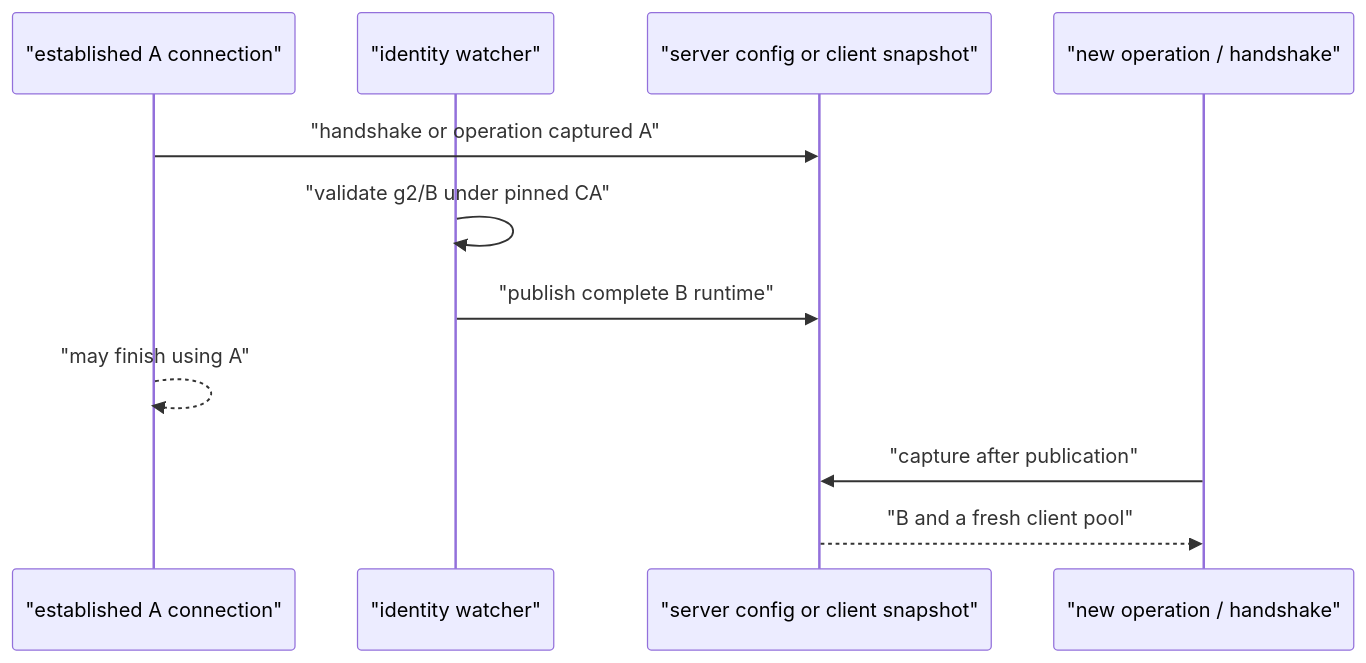
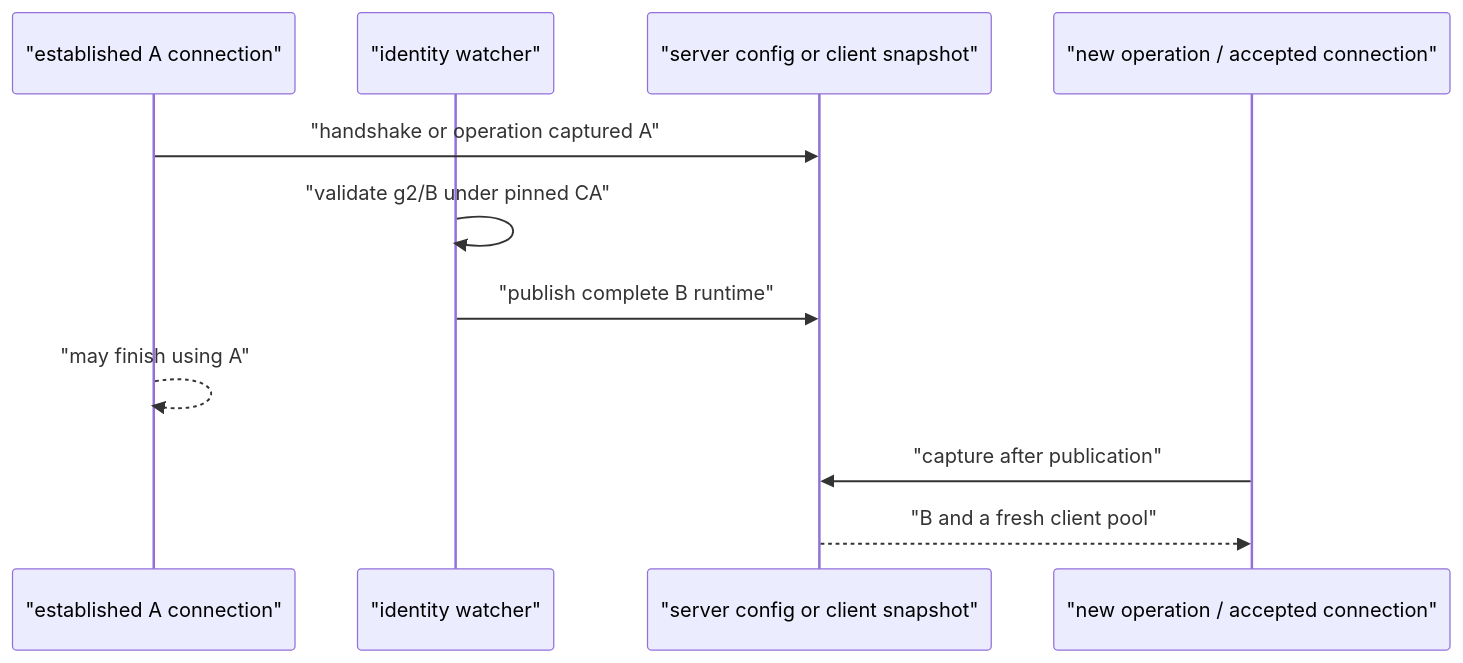
The second of 2 diagrams in docs/rfcs/0035-restart-free-same-ca-mtls-leaf-renewal.md (conan505/inferLab), drawn with Mermaid before and after one commit. The commit also changed other lines of this file and 44 other files, not shown here.

````diff
--- a/docs/rfcs/0035-restart-free-same-ca-mtls-leaf-renewal.md
+++ b/docs/rfcs/0035-restart-free-same-ca-mtls-leaf-renewal.md
@@ -228,14 +239,14 @@
 ```mermaid
 sequenceDiagram
     participant Old as "established A connection"
     participant W as "identity watcher"
     participant Runtime as "server config or client snapshot"
-    participant New as "new operation / handshake"
+    participant New as "new operation / accepted connection"
 
     Old->>Runtime: "handshake or operation captured A"
     W->>W: "validate g2/B under pinned CA"
     W->>Runtime: "publish complete B runtime"
     Old-->>Old: "may finish using A"
     New->>Runtime: "capture after publication"
     Runtime-->>New: "B and a fresh client pool"
 ```
````
